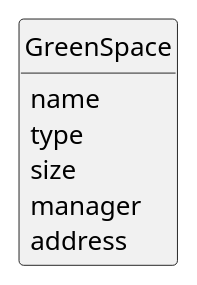
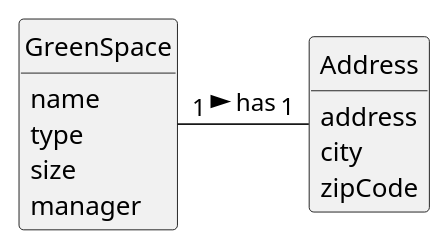
Before and after one commit to ricardomm7/leaflink: the diagram in docs/sprintC/us020/02.analysis/puml/us020-domain-model.puml, drawn with PlantUML. The commit also changed 14 other files, not shown here.

```diff
--- a/docs/sprintC/us020/02.analysis/puml/us020-domain-model.puml
+++ b/docs/sprintC/us020/02.analysis/puml/us020-domain-model.puml
@@ -1,23 +1,29 @@
 @startuml
 skinparam monochrome true
 skinparam packageStyle rectangle
 skinparam shadowing false
 
 'left to right direction
 
 skinparam classAttributeIconSize 0
 
 hide circle
 hide methods
 
 
 class GreenSpace {
 name
 type
 size
 manager
-address
+
 }
 
+class Address {
+address
+city
+zipCode
+}
 
+GreenSpace"1" -"1" Address : > has
 @enduml
```
